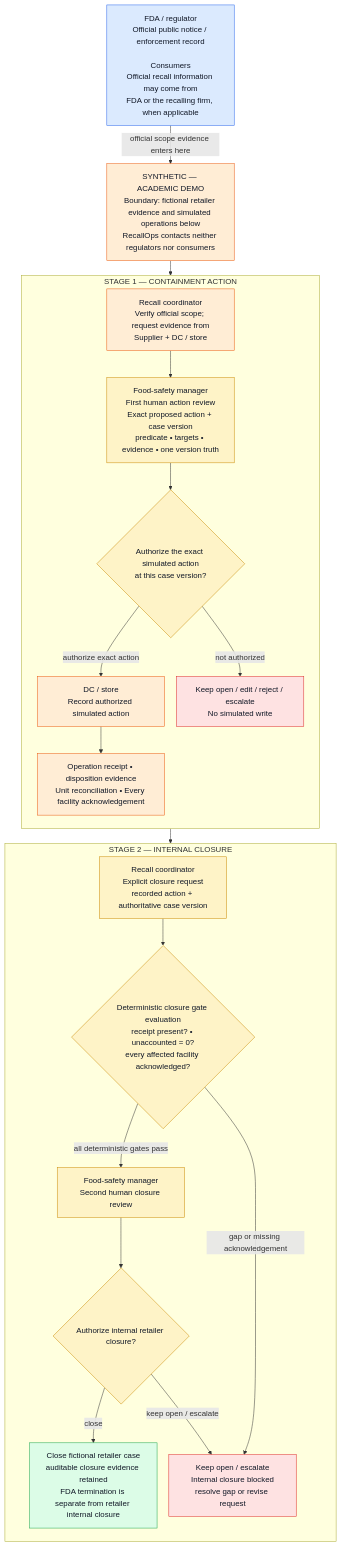
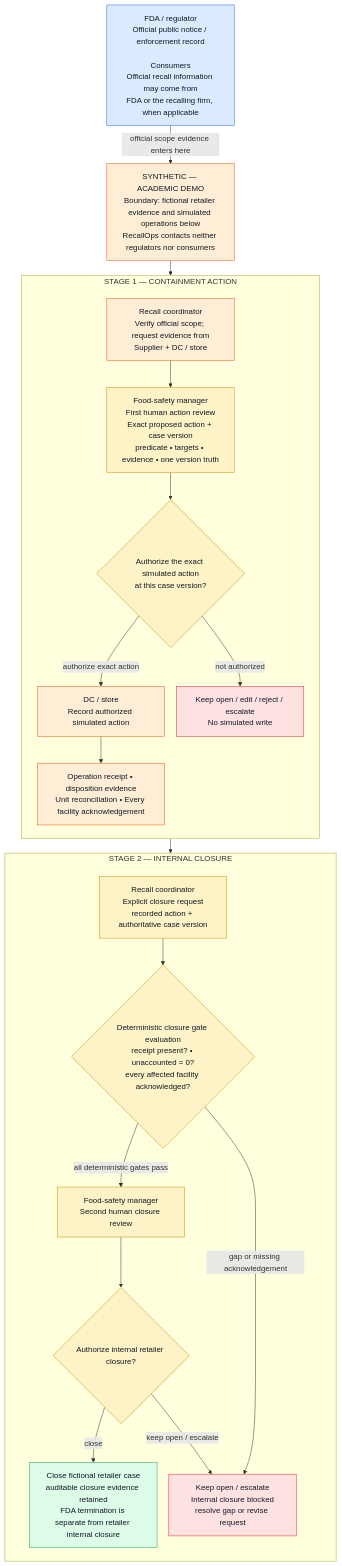
The diagram in docs/images/08_business_recall_lifecycle.mmd (nagarjunakanamarlapudi/reacall-agents), drawn with Mermaid before and after one commit. The commit also changed 2 other files, not shown here.

Commit message:
fix: separate business diagram stage titles

```diff
--- a/docs/images/08_business_recall_lifecycle.mmd
+++ b/docs/images/08_business_recall_lifecycle.mmd
@@ -1,46 +1,46 @@
-%%{init: {"flowchart": {"rankSpacing": 30, "nodeSpacing": 24}}}%%
+%%{init: {"flowchart": {"rankSpacing": 30, "nodeSpacing": 24, "subGraphTitleMargin": {"top": 0, "bottom": 20}}}}%%
 flowchart TB
   classDef official fill:#dbeafe,stroke:#2563eb,color:#111827
   classDef synthetic fill:#ffedd5,stroke:#ea580c,color:#111827
   classDef review fill:#fef3c7,stroke:#ca8a04,color:#111827
   classDef approved fill:#dcfce7,stroke:#16a34a,color:#111827
   classDef blocked fill:#fee2e2,stroke:#dc2626,color:#111827
 
   NOTICE["FDA / regulator<br/>Official public notice / enforcement record<br/><br/>Consumers<br/>Official recall information may come from<br/>FDA or the recalling firm, when applicable"]:::official
   DEMO_NOTE["SYNTHETIC — ACADEMIC DEMO<br/>Boundary: fictional retailer evidence and simulated operations below<br/>RecallOps contacts neither regulators nor consumers"]:::synthetic
 
   subgraph STAGE1["STAGE 1 — CONTAINMENT ACTION"]
     direction TB
     TRACE["Recall coordinator<br/>Verify official scope; request evidence from<br/>Supplier + DC / store"]:::synthetic
     ACTION_REVIEW["Food-safety manager<br/>First human action review<br/>Exact proposed action + case version<br/>predicate • targets • evidence • one version truth"]:::review
     ACTION_GATE{"Authorize the exact simulated action<br/>at this case version?"}:::review
     RECORD["DC / store<br/>Record authorized simulated action"]:::synthetic
     EVIDENCE["Operation receipt • disposition evidence<br/>Unit reconciliation • Every facility acknowledgement"]:::synthetic
     ACTION_HOLD["Keep open / edit / reject / escalate<br/>No simulated write"]:::blocked
 
     TRACE --> ACTION_REVIEW --> ACTION_GATE
     ACTION_GATE -->|authorize exact action| RECORD
     ACTION_GATE -->|not authorized| ACTION_HOLD
     RECORD --> EVIDENCE
   end
 
   subgraph STAGE2["STAGE 2 — INTERNAL CLOSURE"]
     direction TB
     CLOSURE_REQUEST["Recall coordinator<br/>Explicit closure request<br/>recorded action + authoritative case version"]:::review
     GATE_EVAL{"Deterministic closure gate evaluation<br/>receipt present? • unaccounted = 0?<br/>every affected facility acknowledged?"}:::review
     CLOSURE_REVIEW["Food-safety manager<br/>Second human closure review"]:::review
     CLOSURE_GATE{"Authorize internal retailer closure?"}:::review
     CLOSED["Close fictional retailer case<br/>auditable closure evidence retained<br/>FDA termination is separate from retailer internal closure"]:::approved
     OPEN["Keep open / escalate<br/>Internal closure blocked<br/>resolve gap or revise request"]:::blocked
 
     CLOSURE_REQUEST --> GATE_EVAL
     GATE_EVAL -->|all deterministic gates pass| CLOSURE_REVIEW
     CLOSURE_REVIEW --> CLOSURE_GATE
     CLOSURE_GATE -->|close| CLOSED
     CLOSURE_GATE -->|keep open / escalate| OPEN
     GATE_EVAL -->|gap or missing acknowledgement| OPEN
   end
 
   NOTICE -->|official scope evidence enters here| DEMO_NOTE
   DEMO_NOTE --> TRACE
   EVIDENCE --> CLOSURE_REQUEST
```
